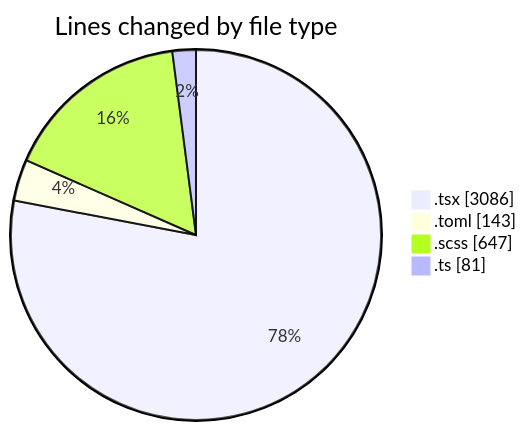
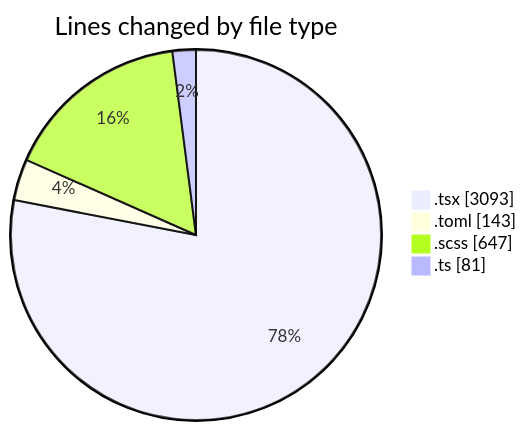
The first of 2 diagrams in 2026-11-02/cda/README.md (momahboobian/code-tracking), drawn with Mermaid before and after one commit. The commit also changed other lines of this file and 1 other file, not shown here.

````diff
--- a/2026-11-02/cda/README.md
+++ b/2026-11-02/cda/README.md
@@ -46,8 +46,8 @@
 ```mermaid
 pie showData
 title Lines changed by file type
-".tsx" : 3086
+".tsx" : 3093
 ".toml" : 143
 ".scss" : 647
 ".ts" : 81
 ```
````
